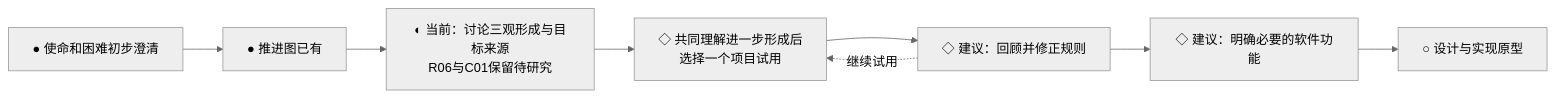
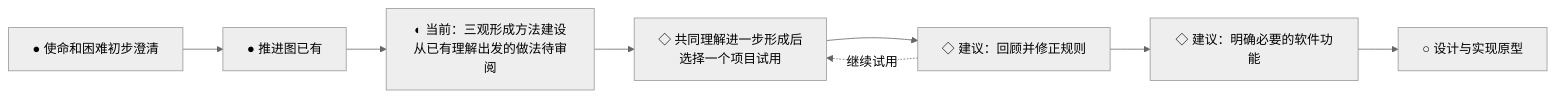
The second of 2 diagrams in 项目/人生飞轮/项目推进图.md (fangjiaqi2023-jpg/life-flywheel), drawn with Mermaid (neutral theme) before and after one commit. The commit also changed other lines of this file, not shown here.

````diff
--- a/项目/人生飞轮/项目推进图.md
+++ b/项目/人生飞轮/项目推进图.md
@@ -38,10 +38,10 @@
 ```mermaid
 flowchart LR
     P0[● 使命和困难初步澄清] --> P1[● 推进图已有]
-    P1 --> P2[◐ 当前：讨论三观形成与目标来源<br/>R06与C01保留待研究]
+    P1 --> P2[◐ 当前：三观形成方法建设<br/>从已有理解出发的做法待审阅]
     P2 --> P3[◇ 共同理解进一步形成后<br/>选择一个项目试用]
     P3 --> P4[◇ 建议：回顾并修正规则]
     P4 --> P5[◇ 建议：明确必要的软件功能]
     P5 --> P6[○ 设计与实现原型]
     P4 -.继续试用.-> P3
 ```
````
